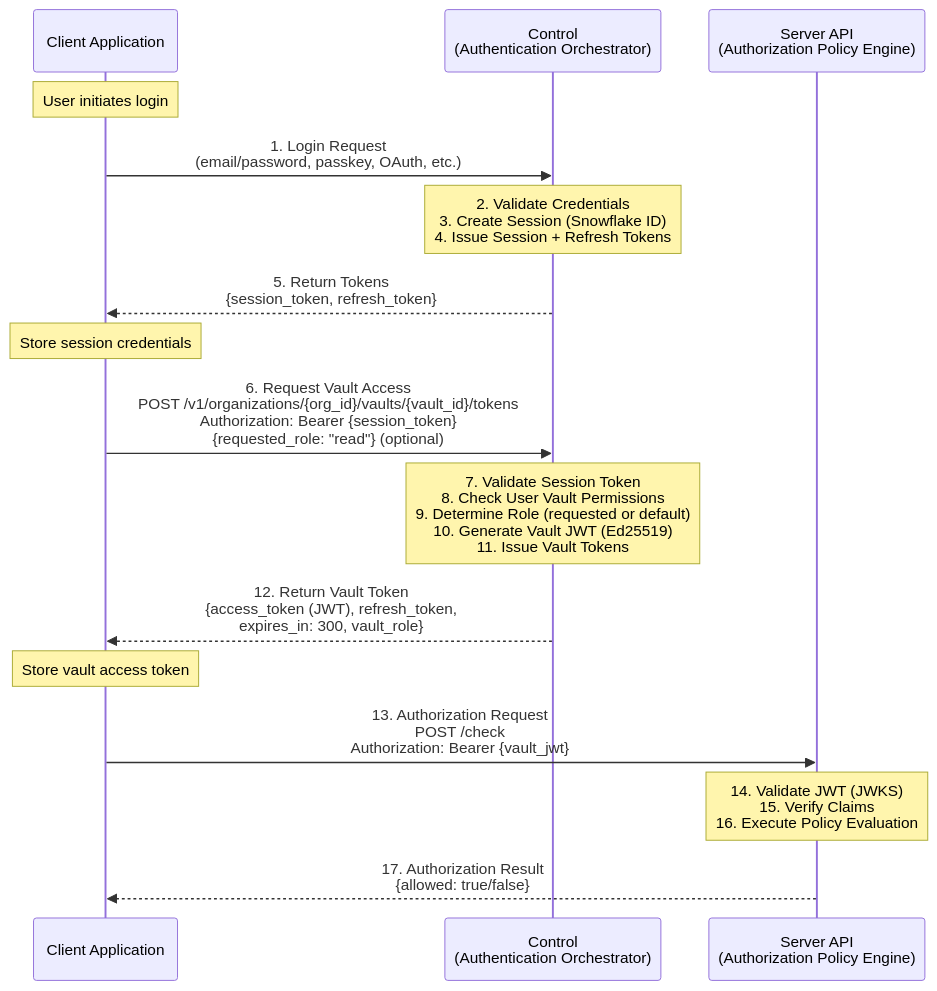
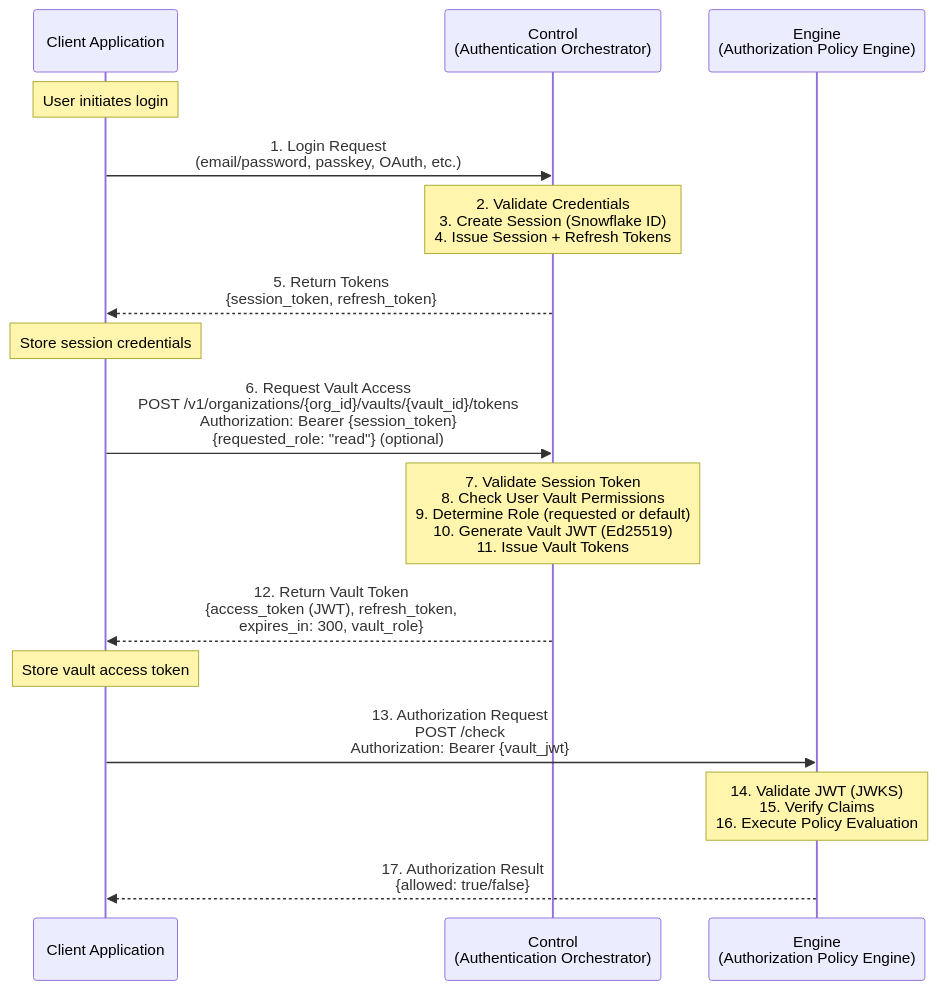
The first of 8 diagrams in docs/authentication.md (inferadb/management), drawn with Mermaid before and after one commit. The commit also changed other lines of this file and 28 other files, not shown here.

````diff
--- a/docs/authentication.md
+++ b/docs/authentication.md
@@ -92,29 +93,29 @@
 ```mermaid
 sequenceDiagram
     participant Client as Client Application
     participant MgmtAPI as Control<br/>(Authentication Orchestrator)
-    participant ServerAPI as Server API<br/>(Authorization Policy Engine)
+    participant ServerAPI as Engine<br/>(Authorization Policy Engine)
 
     Note over Client: User initiates login
     Client->>MgmtAPI: 1. Login Request<br/>(email/password, passkey, OAuth, etc.)
 
     Note over MgmtAPI: 2. Validate Credentials<br/>3. Create Session (Snowflake ID)<br/>4. Issue Session + Refresh Tokens
 
     MgmtAPI-->>Client: 5. Return Tokens<br/>{session_token, refresh_token}
 
     Note over Client: Store session credentials
 
     Client->>MgmtAPI: 6. Request Vault Access<br/>POST /v1/organizations/{org_id}/vaults/{vault_id}/tokens<br/>Authorization: Bearer {session_token}<br/>{requested_role: "read"} (optional)
 
     Note over MgmtAPI: 7. Validate Session Token<br/>8. Check User Vault Permissions<br/>9. Determine Role (requested or default)<br/>10. Generate Vault JWT (Ed25519)<br/>11. Issue Vault Tokens
 
     MgmtAPI-->>Client: 12. Return Vault Token<br/>{access_token (JWT), refresh_token,<br/>expires_in: 300, vault_role}
 
     Note over Client: Store vault access token
 
     Client->>ServerAPI: 13. Authorization Request<br/>POST /check<br/>Authorization: Bearer {vault_jwt}
 
     Note over ServerAPI: 14. Validate JWT (JWKS)<br/>15. Verify Claims<br/>16. Execute Policy Evaluation
 
     ServerAPI-->>Client: 17. Authorization Result<br/>{allowed: true/false}
 ```
````
